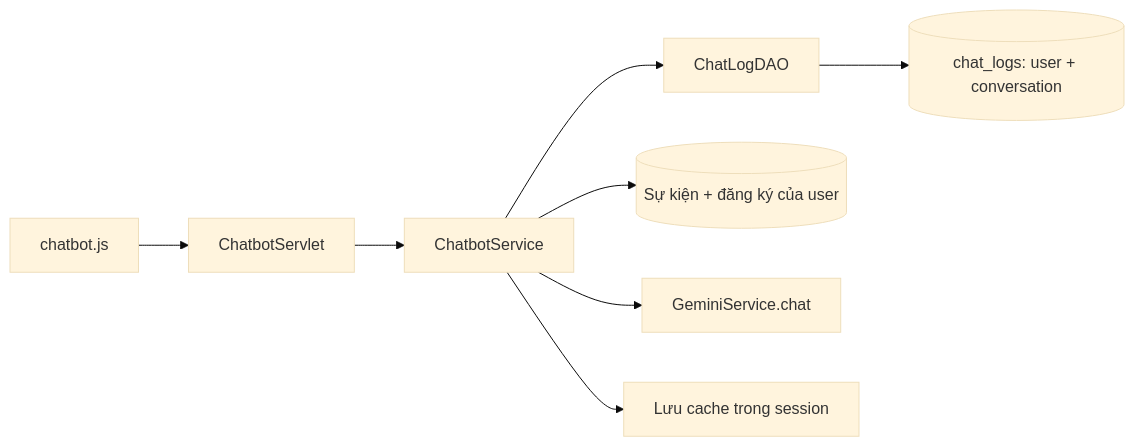
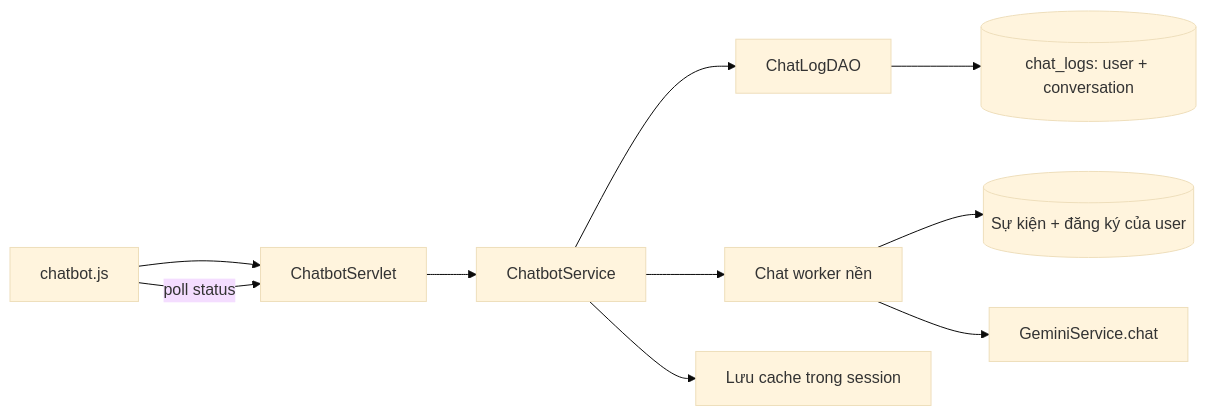
The seventh of 7 diagrams in docs/luong-hoat-dong.md (Hikhai/EventHubAI), drawn with Mermaid (base theme) before and after one commit. The commit also changed other lines of this file and 4 other files, not shown here.

````diff
--- a/docs/luong-hoat-dong.md
+++ b/docs/luong-hoat-dong.md
@@ -345,10 +345,12 @@
 ```mermaid
 flowchart LR
   JS[chatbot.js] --> API[ChatbotServlet]
   API --> CS[ChatbotService]
   CS --> CL[ChatLogDAO]
   CL --> DB[(chat_logs: user + conversation)]
-  CS --> DB2[(Sự kiện + đăng ký của user)]
-  CS --> GM[GeminiService.chat]
+  CS --> W[Chat worker nền]
+  W --> DB2[(Sự kiện + đăng ký của user)]
+  W --> GM[GeminiService.chat]
+  JS -->|poll status| API
   CS --> SS[Lưu cache trong session]
 ```
````
